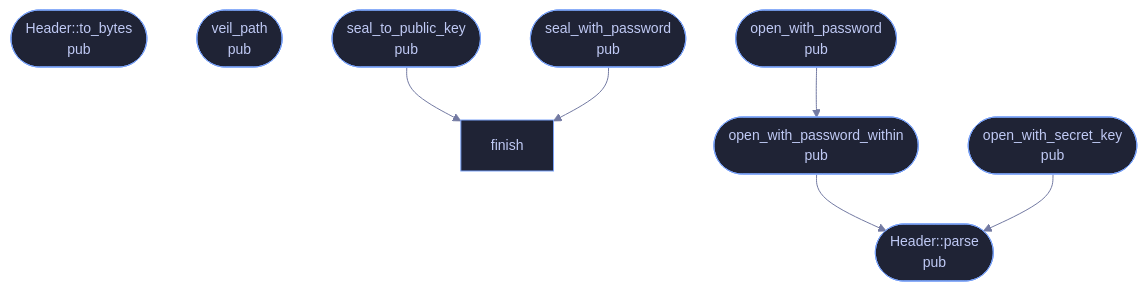
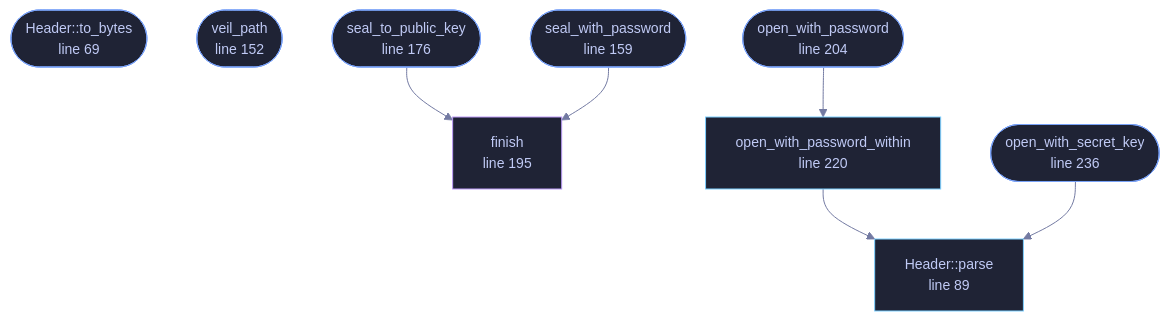
Before and after one commit to tilas01/veilvoice: the diagram in wiki/File-veilvoice-crypto-container.md, drawn with Mermaid. The commit also changed other lines of this file and 182 other files, not shown here.

````diff
--- a/wiki/File-veilvoice-crypto-container.md
+++ b/wiki/File-veilvoice-crypto-container.md
@@ -43,18 +67,24 @@
 ```mermaid
 %%{init: {"theme":"base","themeVariables":{"background":"#1a1b26","primaryColor":"#1f2335","primaryTextColor":"#c0caf5","primaryBorderColor":"#7aa2f7","secondaryColor":"#16161e","tertiaryColor":"#16161e","lineColor":"#737aa2","textColor":"#c0caf5","mainBkg":"#1f2335","nodeBorder":"#7aa2f7","clusterBkg":"#16161e","clusterBorder":"#2f3549","fontFamily":"ui-monospace, SFMono-Regular, Consolas, monospace","fontSize":"14px"}}}%%
 flowchart TD
-    n_to_bytes(["Header::to_bytes<br/>pub"])
-    n_parse(["Header::parse<br/>pub"])
-    n_veil_path(["veil_path<br/>pub"])
-    n_seal_with_password(["seal_with_password<br/>pub"])
-    n_seal_to_public_key(["seal_to_public_key<br/>pub"])
-    n_finish["finish"]
-    n_open_with_password(["open_with_password<br/>pub"])
-    n_open_with_password_within(["open_with_password_within<br/>pub"])
-    n_open_with_secret_key(["open_with_secret_key<br/>pub"])
+    n_to_bytes(["Header::to_bytes<br/>line 69"])
+    n_parse["Header::parse<br/>line 89"]
+    n_veil_path(["veil_path<br/>line 152"])
+    n_seal_with_password(["seal_with_password<br/>line 159"])
+    n_seal_to_public_key(["seal_to_public_key<br/>line 176"])
+    n_finish["finish<br/>line 195"]
+    n_open_with_password(["open_with_password<br/>line 204"])
+    n_open_with_password_within["open_with_password_within<br/>line 220"]
+    n_open_with_secret_key(["open_with_secret_key<br/>line 236"])
     n_open_with_password --> n_open_with_password_within
     n_open_with_password_within --> n_parse
     n_open_with_secret_key --> n_parse
     n_seal_to_public_key --> n_finish
     n_seal_with_password --> n_finish
+    classDef entry fill:#1f2335,stroke:#7aa2f7,color:#c0caf5
+    class n_to_bytes,n_veil_path,n_seal_with_password,n_seal_to_public_key,n_open_with_password,n_open_with_secret_key entry
+    classDef api fill:#1f2335,stroke:#7dcfff,color:#c0caf5
+    class n_parse,n_open_with_password_within api
+    classDef helper fill:#1f2335,stroke:#bb9af7,color:#c0caf5
+    class n_finish helper
 ```
````
